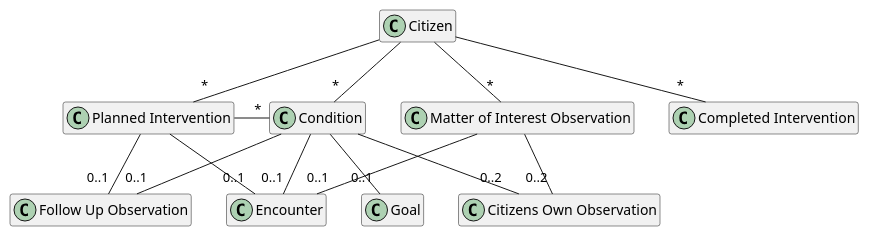
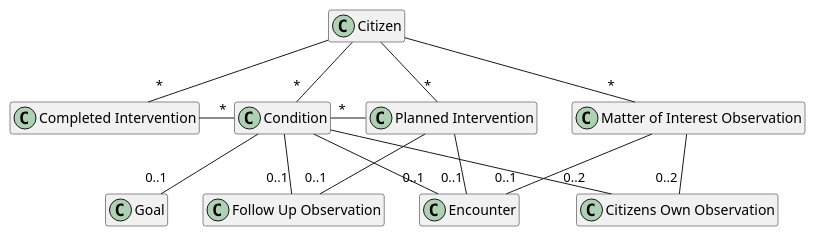
One commit to hl7dk/kl-gateway changed the diagram in puml/GatewayModel.puml. Above: the diagram before and after it, drawn with PlantUML. The commit also changed 7 other files, not shown here.

```diff
--- a/puml/GatewayModel.puml
+++ b/puml/GatewayModel.puml
@@ -1,40 +1,41 @@
-@startuml GatewayModel
+    @startuml GatewayModel
 
-hide empty members
+    hide empty members
 
-class "Citizen" as citizen
-class "Condition" as condition
-class "Goal" as goal
-class "Citizens Own Observation" as citizensOwnObservation
-class "Planned Intervention" as carePlannedIntervention
-class "Encounter" as encounter
-class "Follow Up Observation" as careFollowUpObservation
-class "Matter of Interest Observation" as matterOfInterestObservation
-class "Completed Intervention" as completedIntervention
+    class "Citizen" as citizen
+    class "Completed Intervention" as completedIntervention
+    class "Condition" as condition
+    class "Planned Intervention" as carePlannedIntervention
+    class "Goal" as goal
+    class "Citizens Own Observation" as citizensOwnObservation
+    class "Encounter" as encounter
+    class "Follow Up Observation" as careFollowUpObservation
+    class "Matter of Interest Observation" as matterOfInterestObservation
 
-citizen --"*" condition
-citizen --"*" matterOfInterestObservation
-citizen --"*" carePlannedIntervention
-citizen --"*" completedIntervention
+    citizen --"*" condition
+    citizen --"*" matterOfInterestObservation
+    citizen --"*" carePlannedIntervention
+    citizen --"*" completedIntervention
 
-condition --"0..1" goal
-condition --"0..2" citizensOwnObservation
+    condition --"0..1" goal
+    condition --"0..2" citizensOwnObservation
 
-matterOfInterestObservation --"0..2" citizensOwnObservation
+    matterOfInterestObservation --"0..2" citizensOwnObservation
 
-condition --"0..1" encounter
+    condition --"0..1" encounter
 
-carePlannedIntervention -"*" condition
+    completedIntervention -"*" condition
+    condition "*"- carePlannedIntervention
 
-carePlannedIntervention -"0..1" encounter
+    carePlannedIntervention -"0..1" encounter
 
-' encounter -"0..1" careFollowUpObservation
+    ' encounter -"0..1" careFollowUpObservation
 
-matterOfInterestObservation --"0..1" encounter
-' matterOfInterestObservation --"0..1" matterOfInterestSeverityObservation
+    matterOfInterestObservation --"0..1" encounter
+    ' matterOfInterestObservation --"0..1" matterOfInterestSeverityObservation
 
-carePlannedIntervention --"0..1" careFollowUpObservation
-condition --"0..1" careFollowUpObservation
-' matterOfInterestObservation --"0..1" careFollowUpObservation
+    carePlannedIntervention --"0..1" careFollowUpObservation
+    condition --"0..1" careFollowUpObservation
+    ' matterOfInterestObservation --"0..1" careFollowUpObservation
 
-@enduml
+    @enduml
```
